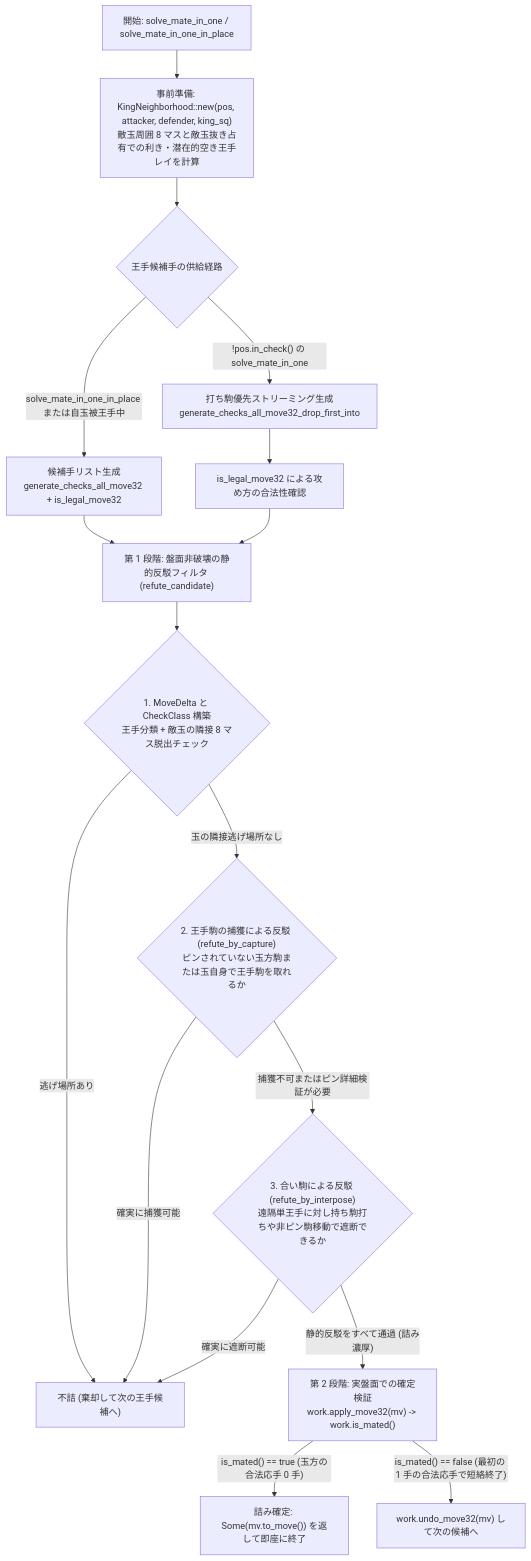
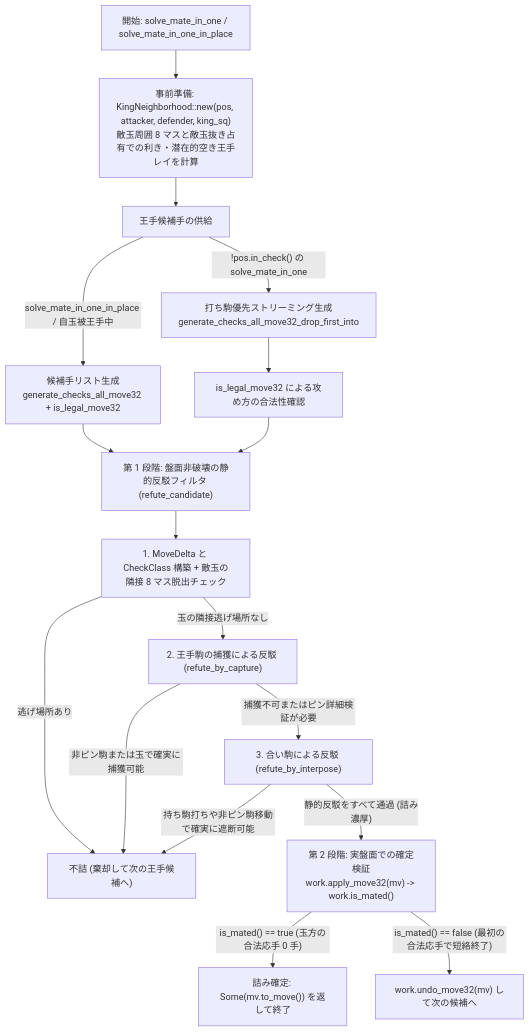
The diagram in docs/book/src/internals/mate/index.md (nyoki-mtl/rsshogi), drawn with Mermaid before and after one commit. The commit also changed 7 other files, not shown here.

Commit message:
docs: refine shogi-board aspect ratios and Mermaid diagram layouts (#35)

````diff
--- a/docs/book/src/internals/mate/index.md
+++ b/docs/book/src/internals/mate/index.md
@@ -12,19 +12,19 @@
 ```mermaid
 flowchart TD
     A["開始: solve_mate_in_one / solve_mate_in_one_in_place"] --> B["事前準備: KingNeighborhood::new(pos, attacker, defender, king_sq)<br/>敵玉周囲 8 マスと敵玉抜き占有での利き・潜在的空き王手レイを計算"]
-    B --> C{"王手候補手の供給経路"}
+    B --> C["王手候補手の供給"]
     C -->|"!pos.in_check() の solve_mate_in_one"| D["打ち駒優先ストリーミング生成<br/>generate_checks_all_move32_drop_first_into"]
-    C -->|"solve_mate_in_one_in_place または自玉被王手中"| E["候補手リスト生成<br/>generate_checks_all_move32 + is_legal_move32"]
+    C -->|"solve_mate_in_one_in_place / 自玉被王手中"| E["候補手リスト生成<br/>generate_checks_all_move32 + is_legal_move32"]
     D --> F["is_legal_move32 による攻め方の合法性確認"]
     E --> G["第 1 段階: 盤面非破壊の静的反駁フィルタ (refute_candidate)"]
     F --> G
-    G --> H{"1. MoveDelta と CheckClass 構築<br/>王手分類 + 敵玉の隣接 8 マス脱出チェック"}
+    G --> H["1. MoveDelta と CheckClass 構築 + 敵玉の隣接 8 マス脱出チェック"]
     H -->|"逃げ場所あり"| Z["不詰 (棄却して次の王手候補へ)"]
-    H -->|"玉の隣接逃げ場所なし"| I{"2. 王手駒の捕獲による反駁 (refute_by_capture)<br/>ピンされていない玉方駒または玉自身で王手駒を取れるか"}
-    I -->|"確実に捕獲可能"| Z
-    I -->|"捕獲不可またはピン詳細検証が必要"| J{"3. 合い駒による反駁 (refute_by_interpose)<br/>遠隔単王手に対し持ち駒打ちや非ピン駒移動で遮断できるか"}
-    J -->|"確実に遮断可能"| Z
+    H -->|"玉の隣接逃げ場所なし"| I["2. 王手駒の捕獲による反駁 (refute_by_capture)"]
+    I -->|"非ピン駒または玉で確実に捕獲可能"| Z
+    I -->|"捕獲不可またはピン詳細検証が必要"| J["3. 合い駒による反駁 (refute_by_interpose)"]
+    J -->|"持ち駒打ちや非ピン駒移動で確実に遮断可能"| Z
     J -->|"静的反駁をすべて通過 (詰み濃厚)"| K["第 2 段階: 実盤面での確定検証<br/>work.apply_move32(mv) -> work.is_mated()"]
-    K -->|"is_mated() == true (玉方の合法応手 0 手)"| L["詰み確定: Some(mv.to_move()) を返して即座に終了"]
-    K -->|"is_mated() == false (最初の 1 手の合法応手で短絡終了)"| M["work.undo_move32(mv) して次の候補へ"]
+    K -->|"is_mated() == true (玉方の合法応手 0 手)"| L["詰み確定: Some(mv.to_move()) を返して終了"]
+    K -->|"is_mated() == false (最初の合法応手で短絡終了)"| M["work.undo_move32(mv) して次の候補へ"]
 ```
````
